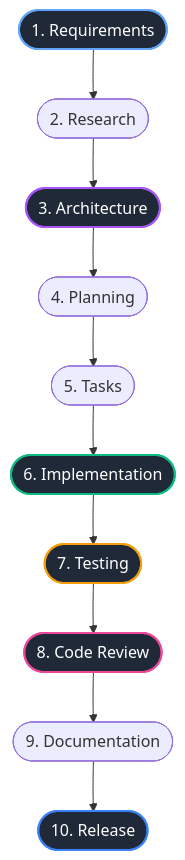
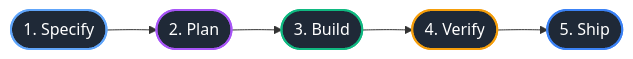
The diagram in docs/PRODUCT.md (Shrinkhal01/AIFlow), drawn with Mermaid before and after one commit. The commit also changed other lines of this file and 19 other files, not shown here.

Commit message:
docs: update default workflow to 5-phase preset and add lean Rust architecture guidelines

````diff
--- a/docs/PRODUCT.md
+++ b/docs/PRODUCT.md
@@ -78,19 +81,13 @@
 ```mermaid
-flowchart TD
-    Req([1. Requirements]) --> Res([2. Research])
-    Res --> Arch([3. Architecture])
-    Arch --> Plan([4. Planning])
-    Plan --> Tasks([5. Tasks])
-    Tasks --> Impl([6. Implementation])
-    Impl --> Test([7. Testing])
-    Test --> Review([8. Code Review])
-    Review --> Docs([9. Documentation])
-    Docs --> Rel([10. Release])
+flowchart LR
+    Spec([1. Specify]) --> Plan([2. Plan])
+    Plan --> Build([3. Build])
+    Build --> Verify([4. Verify])
+    Verify --> Ship([5. Ship])
 
-    style Req fill:#1f2937,stroke:#60a5fa,stroke-width:2px,color:#fff
-    style Arch fill:#1f2937,stroke:#a855f7,stroke-width:2px,color:#fff
-    style Impl fill:#1f2937,stroke:#10b981,stroke-width:2px,color:#fff
-    style Test fill:#1f2937,stroke:#f59e0b,stroke-width:2px,color:#fff
-    style Review fill:#1f2937,stroke:#ec4899,stroke-width:2px,color:#fff
-    style Rel fill:#1f2937,stroke:#3b82f6,stroke-width:2px,color:#fff
+    style Spec fill:#1f2937,stroke:#60a5fa,stroke-width:2px,color:#fff
+    style Plan fill:#1f2937,stroke:#a855f7,stroke-width:2px,color:#fff
+    style Build fill:#1f2937,stroke:#10b981,stroke-width:2px,color:#fff
+    style Verify fill:#1f2937,stroke:#f59e0b,stroke-width:2px,color:#fff
+    style Ship fill:#1f2937,stroke:#3b82f6,stroke-width:2px,color:#fff
 ```
````
